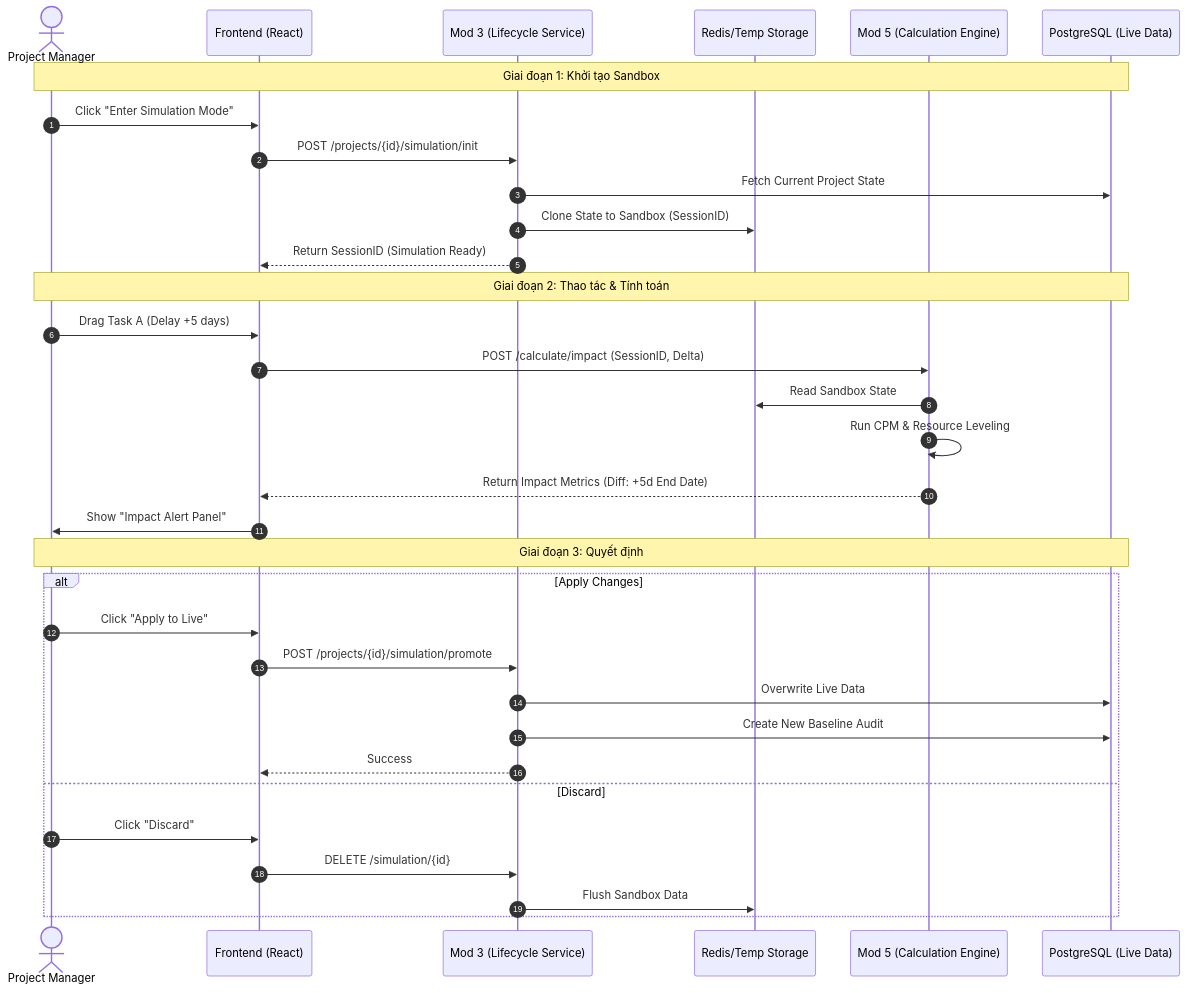
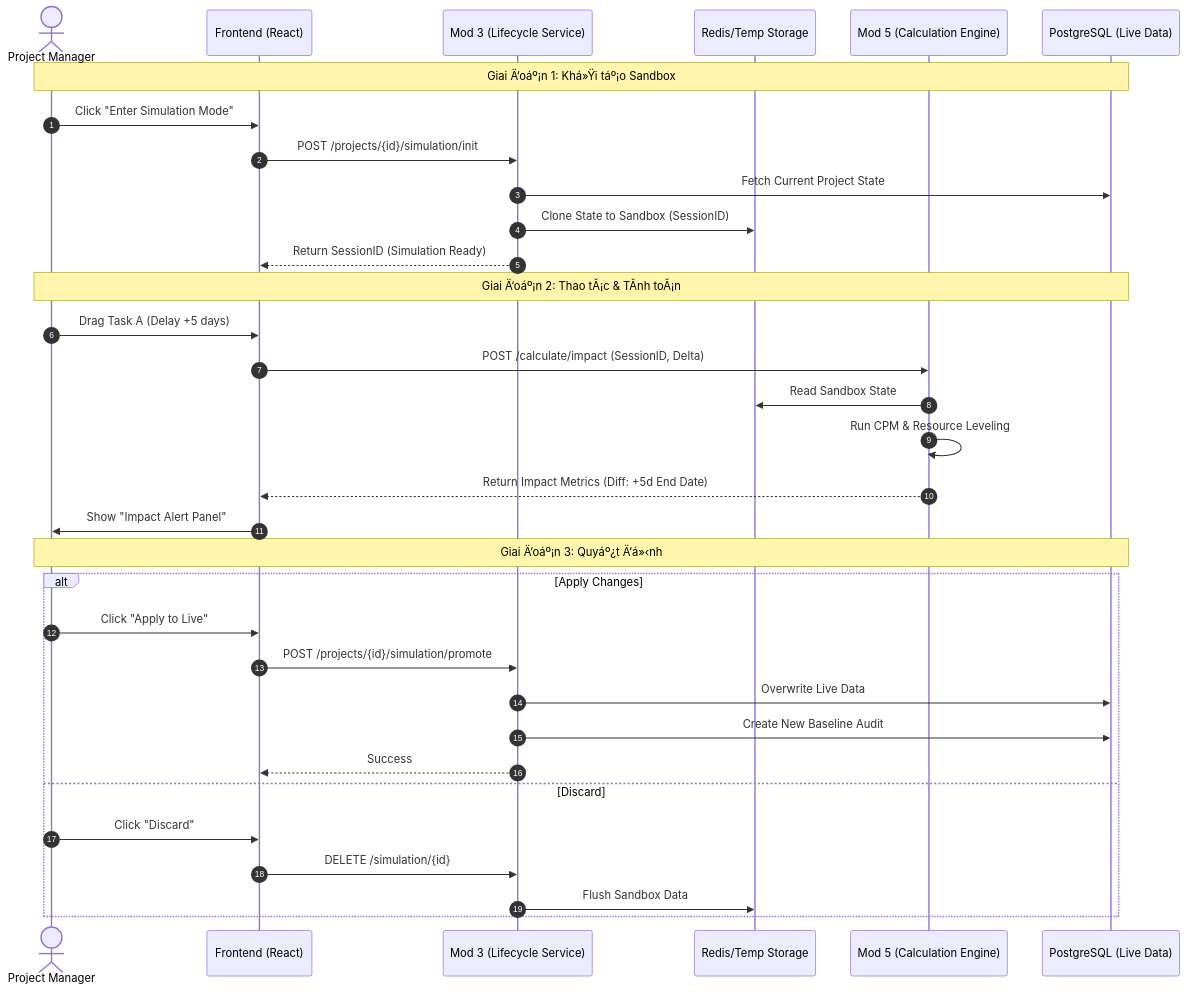
Before and after one commit to nmtrucworking/PronaFlow: the fourth of 5 diagrams in docs/technical-docs/01-Requirements/Functional-Modules/3 - Project Lifecycle Management.md, drawn with Mermaid. The commit also changed other lines of this file and 26 other files, not shown here.

````diff
--- a/docs/technical-docs/01-Requirements/Functional-Modules/3 - Project Lifecycle Management.md
+++ b/docs/technical-docs/01-Requirements/Functional-Modules/3 - Project Lifecycle Management.md
@@ -596,38 +596,38 @@
 ```mermaid
 sequenceDiagram
     autonumber
     actor PM as Project Manager
     participant FE as Frontend (React)
     participant M3 as Mod 3 (Lifecycle Service)
     participant DB as Redis/Temp Storage
     participant M5 as Mod 5 (Calculation Engine)
     participant LiveDB as PostgreSQL (Live Data)
 
-    Note over PM, LiveDB: Giai đoạn 1: Khởi tạo Sandbox
+    Note over PM, LiveDB: Giai Ä‘oáº¡n 1: Khá»Ÿi táº¡o Sandbox
     PM->>FE: Click "Enter Simulation Mode"
     FE->>M3: POST /projects/{id}/simulation/init
     M3->>LiveDB: Fetch Current Project State
     M3->>DB: Clone State to Sandbox (SessionID)
     M3-->>FE: Return SessionID (Simulation Ready)
 
-    Note over PM, LiveDB: Giai đoạn 2: Thao tác & Tính toán
+    Note over PM, LiveDB: Giai Ä‘oáº¡n 2: Thao tĂ¡c & TĂ­nh toĂ¡n
     PM->>FE: Drag Task A (Delay +5 days)
     FE->>M5: POST /calculate/impact (SessionID, Delta)
     M5->>DB: Read Sandbox State
     M5->>M5: Run CPM & Resource Leveling
     M5-->>FE: Return Impact Metrics (Diff: +5d End Date)
     FE->>PM: Show "Impact Alert Panel"
 
-    Note over PM, LiveDB: Giai đoạn 3: Quyết định
+    Note over PM, LiveDB: Giai Ä‘oáº¡n 3: Quyáº¿t Ä‘á»‹nh
     alt Apply Changes
         PM->>FE: Click "Apply to Live"
         FE->>M3: POST /projects/{id}/simulation/promote
         M3->>LiveDB: Overwrite Live Data
         M3->>LiveDB: Create New Baseline Audit
         M3-->>FE: Success
     else Discard
         PM->>FE: Click "Discard"
         FE->>M3: DELETE /simulation/{id}
         M3->>DB: Flush Sandbox Data
     end
 ```
````
